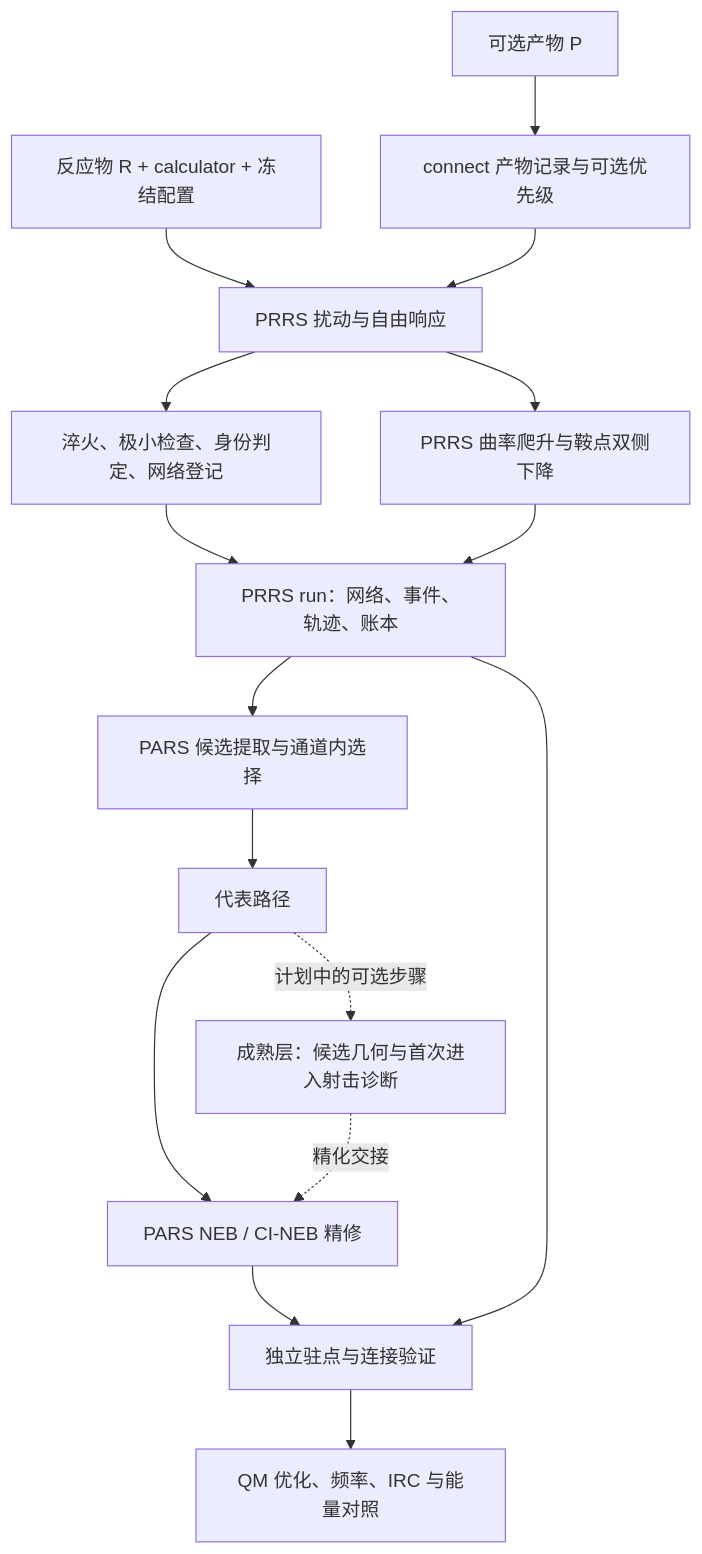
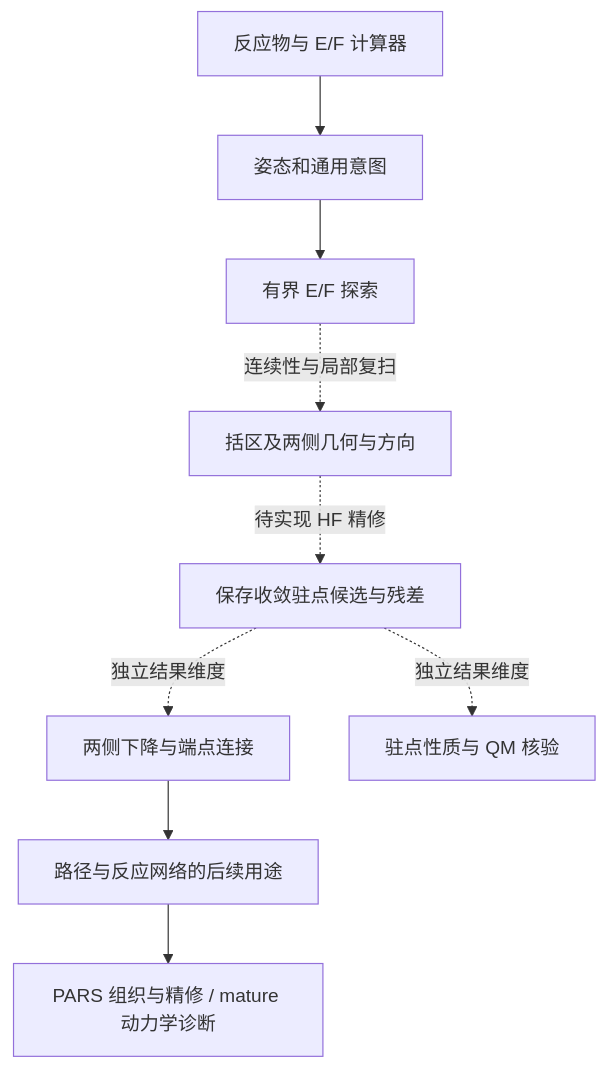
One commit to Cedrus810/MLPATH changed the diagram in docs/PROJECT_OVERVIEW.md. Above: the diagram before and after it, drawn with Mermaid. The commit also changed other lines of this file and 2 other files, not shown here.

````diff
--- a/docs/PROJECT_OVERVIEW.md
+++ b/docs/PROJECT_OVERVIEW.md
@@ -33,18 +47,11 @@
 ```mermaid
 flowchart TD
-    A[反应物 R + calculator + 冻结配置] --> B[PRRS 扰动与自由响应]
-    P[可选产物 P] --> C[connect 产物记录与可选优先级]
-    C --> B
-    B --> D[淬火、极小检查、身份判定、网络登记]
-    D --> E[PRRS run：网络、事件、轨迹、账本]
-    B --> T[PRRS 曲率爬升与鞍点双侧下降]
-    T --> E
-    E --> F[PARS 候选提取与通道内选择]
-    F --> G[代表路径]
-    G --> H[PARS NEB / CI-NEB 精修]
-    G -. 计划中的可选步骤 .-> I[成熟层：候选几何与首次进入射击诊断]
-    I -. 精化交接 .-> H
-    H --> J[独立驻点与连接验证]
-    E --> J
-    J --> K[QM 优化、频率、IRC 与能量对照]
+    A[反应物与 E/F 计算器] --> B[姿态和通用意图]
+    B --> C[有界 E/F 探索]
+    C -. 连续性与局部复扫 .-> D[括区及两侧几何与方向]
+    D -. 待实现 HF 精修 .-> E[保存收敛驻点候选与残差]
+    E -. 独立结果维度 .-> F[两侧下降与端点连接]
+    E -. 独立结果维度 .-> G[驻点性质与 QM 核验]
+    F --> H[路径与反应网络的后续用途]
+    H --> I[PARS 组织与精修 / mature 动力学诊断]
 ```
````
